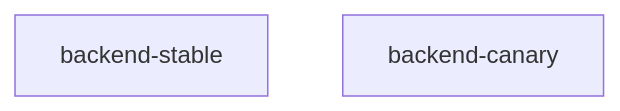
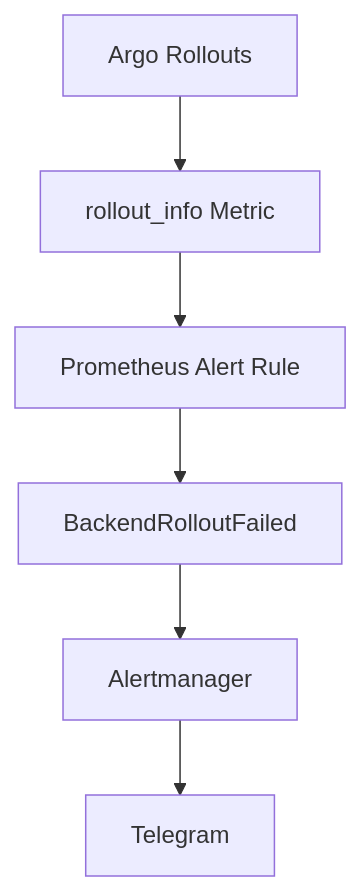
Before and after one commit to ahmed-sayed-devops/microservices-platform-gitops: diagram 17 of 35 in docs/04-progressive-delivery/README.md, drawn with Mermaid. The commit also changed other lines of this file and 13 other files, not shown here.

Commit message:
docs: update progressive delivery and platform architecture

````diff
--- a/docs/04-progressive-delivery/README.md
+++ b/docs/04-progressive-delivery/README.md
@@ -781,5 +946,9 @@
 ```mermaid
 graph TD
-    A["backend-stable"]
-    B["backend-canary"]
+
+    A["Argo Rollouts"] --> B["rollout_info Metric"]
+    B --> C["Prometheus Alert Rule"]
+    C --> D["BackendRolloutFailed"]
+    D --> E["Alertmanager"]
+    E --> F["Telegram"]
 ```
````
